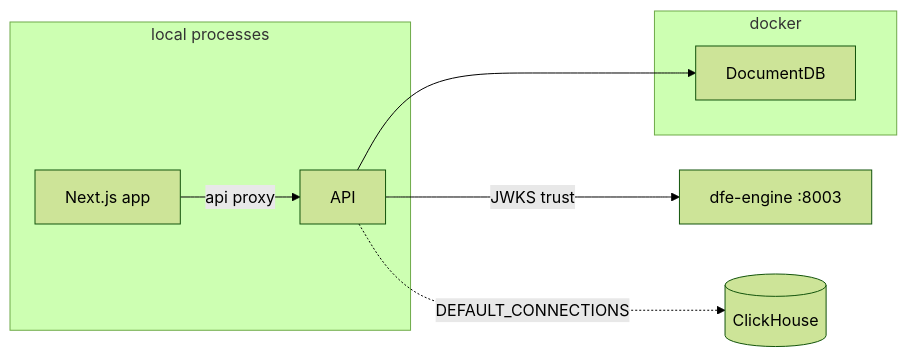
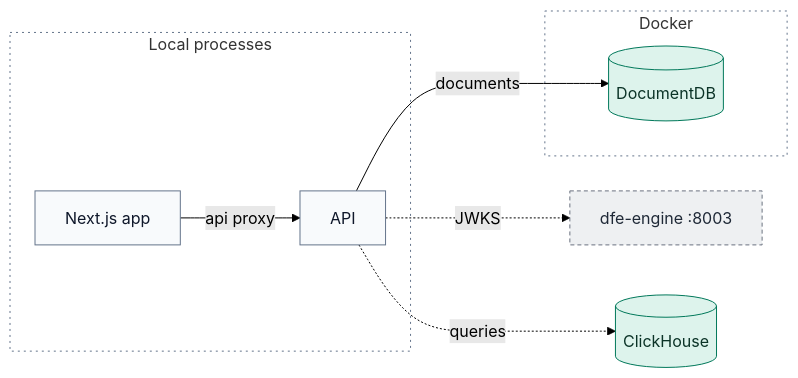
One commit to hyperi-io/dfe-hyperdx changed the diagram in docs/development/getting-started.md. Above: the diagram before and after it, drawn with Mermaid (forest theme). The commit also changed other lines of this file and 24 other files, not shown here.

First line of the commit message:
docs(hyperdx): fix claims and redraw the fork docs diagrams

````diff
--- a/docs/development/getting-started.md
+++ b/docs/development/getting-started.md
@@ -31,12 +36,30 @@
 ```mermaid
 flowchart LR
-    subgraph local["local processes"]
-        app["Next.js app"] -->|api proxy| api["API"]
+    accTitle: L4 Detail -- Local dev with dev:dfe
+    accDescr: The Next.js app proxies API calls to the local API. The API keeps documents in DocumentDB running in Docker, fetches the engine's JWKS in oidc-proxy mode, and reads ClickHouse when DEFAULT_CONNECTIONS names one.
+
+    subgraph local["Local processes"]
+        app["Next.js app"]
+        api["API"]
     end
-    subgraph docker["docker"]
-        docdb["DocumentDB"]
+
+    subgraph docker["Docker"]
+        docdb[("DocumentDB")]
     end
-    api --> docdb
-    api -->|JWKS trust| engine["dfe-engine :8003"]
-    api -.->|DEFAULT_CONNECTIONS| ch[(ClickHouse)]
+
+    engine["dfe-engine :8003"]
+    ch[("ClickHouse")]
+
+    app -->|api proxy| api
+    api -->|documents| docdb
+    api -.->|JWKS| engine
+    api -.->|queries| ch
+
+    classDef default fill:#F8FAFC,stroke:#64748B,stroke-width:1px,color:#0F172A
+    classDef store fill:#DDF3EC,stroke:#00785A,stroke-width:1px,color:#0B3327
+    classDef ext fill:#EEF0F2,stroke:#6B7280,stroke-width:1px,stroke-dasharray:4 3,color:#1F2937
+    classDef group fill:none,stroke:#64748B,stroke-width:1px,stroke-dasharray:2 4
+    class docdb,ch store
+    class engine ext
+    class local,docker group
 ```
````
